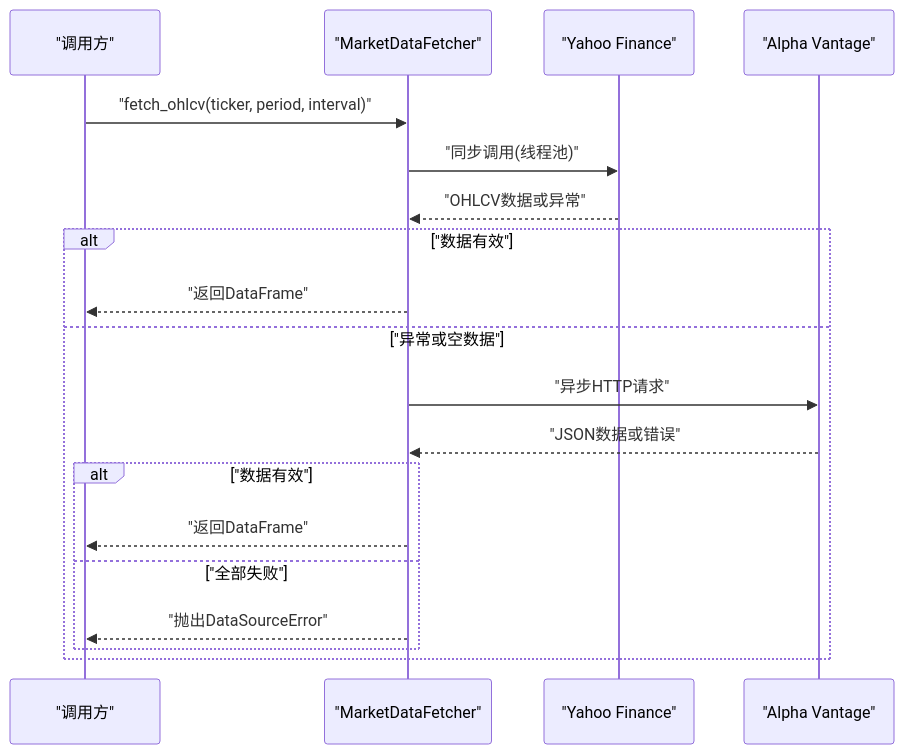
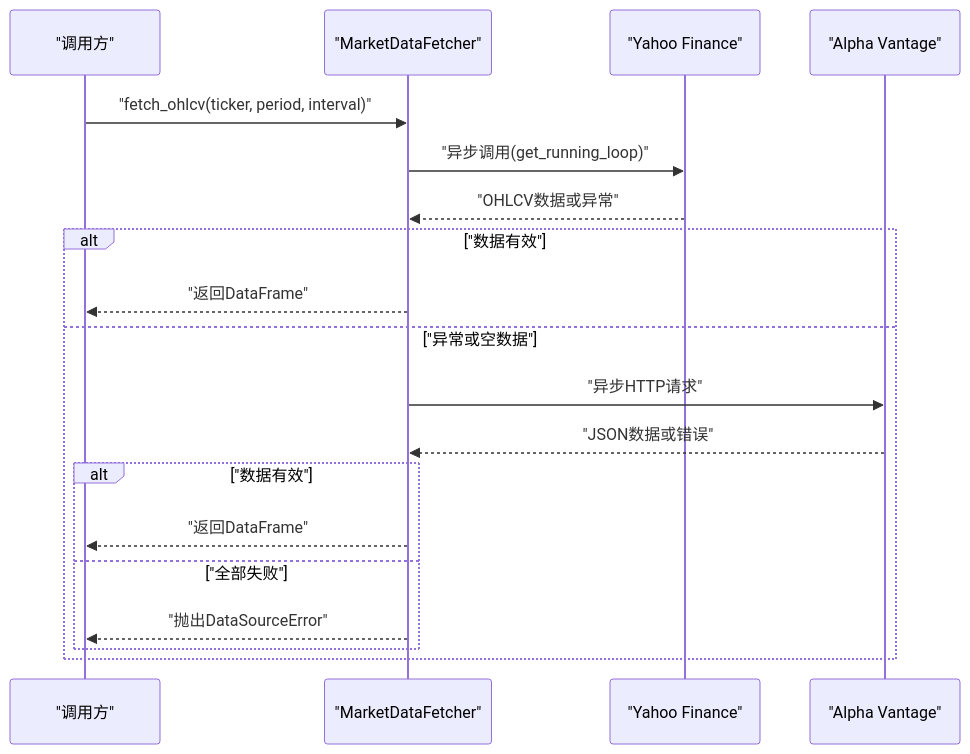
Before and after one commit to raymodny-ai/The-Modern-Turtle-Protocol: the second of 10 diagrams in .qoder/repowiki/zh/content/核心功能模块/数据获取模块.md, drawn with Mermaid. The commit also changed other lines of this file and 15 other files, not shown here.

````diff
--- a/.qoder/repowiki/zh/content/核心功能模块/数据获取模块.md
+++ b/.qoder/repowiki/zh/content/核心功能模块/数据获取模块.md
@@ -92,21 +99,21 @@
 ```mermaid
 sequenceDiagram
 participant Caller as "调用方"
 participant Fetcher as "MarketDataFetcher"
 participant Yahoo as "Yahoo Finance"
 participant AV as "Alpha Vantage"
 Caller->>Fetcher : "fetch_ohlcv(ticker, period, interval)"
-Fetcher->>Yahoo : "同步调用(线程池)"
+Fetcher->>Yahoo : "异步调用(get_running_loop)"
 Yahoo-->>Fetcher : "OHLCV数据或异常"
 alt "数据有效"
 Fetcher-->>Caller : "返回DataFrame"
 else "异常或空数据"
 Fetcher->>AV : "异步HTTP请求"
 AV-->>Fetcher : "JSON数据或错误"
 alt "数据有效"
 Fetcher-->>Caller : "返回DataFrame"
 else "全部失败"
 Fetcher-->>Caller : "抛出DataSourceError"
 end
 end
 ```
````
